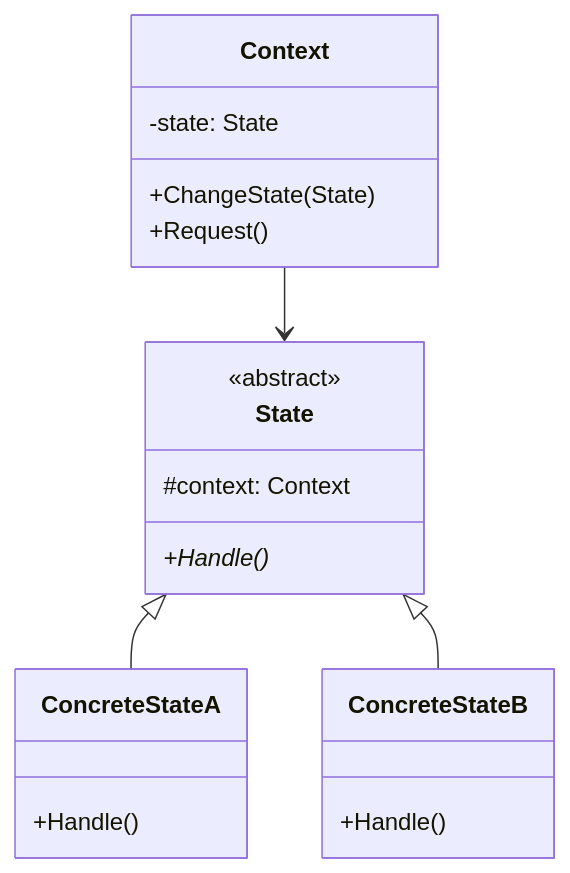
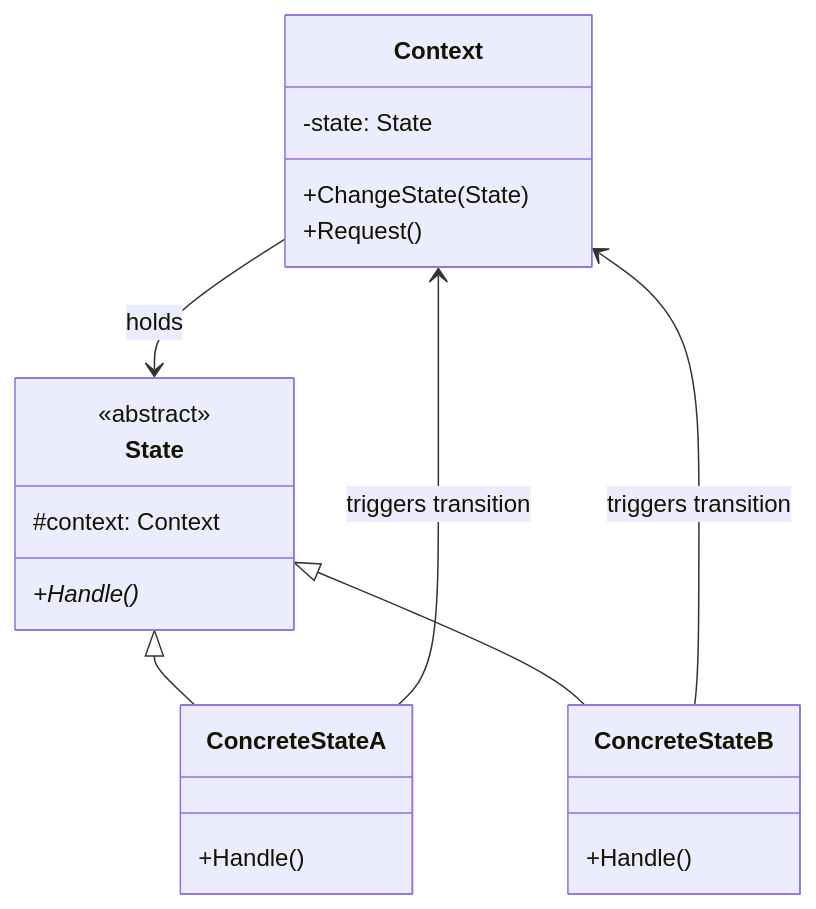
Before and after one commit to minijb/Wiki: the seventh of 11 diagrams in raw/cs/design-patterns/behavioral-patterns.md, drawn with Mermaid. The commit also changed other lines of this file and 962 other files, not shown here.

````diff
--- a/raw/cs/design-patterns/behavioral-patterns.md
+++ b/raw/cs/design-patterns/behavioral-patterns.md
@@ -762,23 +1018,25 @@
 ```mermaid
 classDiagram
     class Context {
         -state: State
         +ChangeState(State)
         +Request()
     }
     class State {
         <<abstract>>
         #context: Context
         +Handle()*
     }
     class ConcreteStateA {
         +Handle()
     }
     class ConcreteStateB {
         +Handle()
     }
 
-    Context --> State
+    Context --> State : holds
     State <|-- ConcreteStateA
     State <|-- ConcreteStateB
+    ConcreteStateA --> Context : triggers transition
+    ConcreteStateB --> Context : triggers transition
 ```
````
